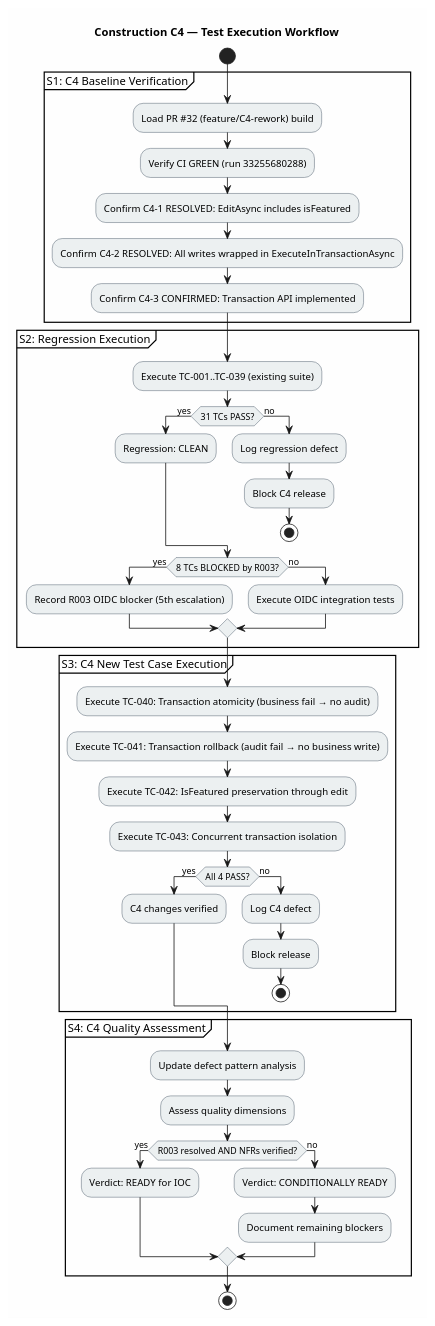
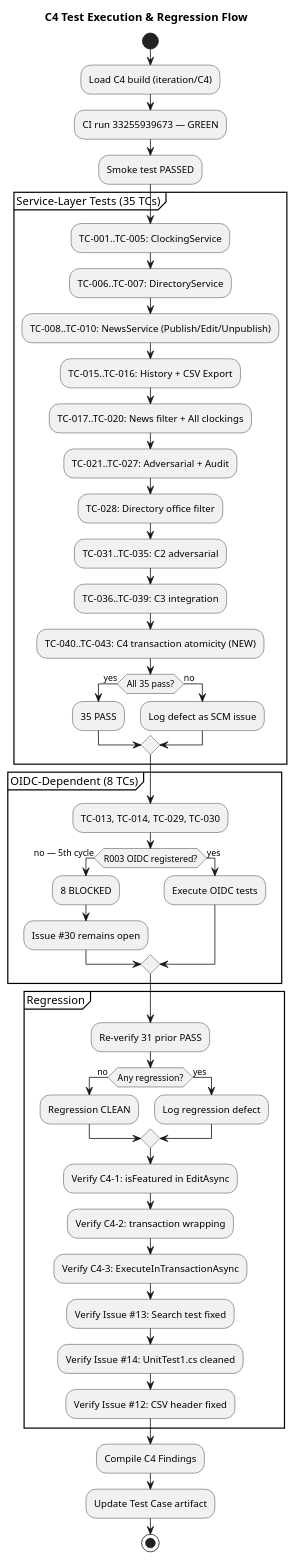
The diagram in docs/artifacts/test/test-case.md (banense-test/portal-cuba-corp), drawn with PlantUML before and after one commit. The commit also changed other lines of this file, not shown here.

First line of the commit message:
Tester [C4]: upsert Test Case

````diff
--- a/docs/artifacts/test/test-case.md
+++ b/docs/artifacts/test/test-case.md
@@ -183,63 +56,58 @@
 ```plantuml
-@startuml C4_Test_Execution_Workflow
-title Construction C4 — Test Execution Workflow
-
-skinparam backgroundColor #FEFEFE
-skinparam shadowing false
-skinparam activityBorderColor #2C3E50
-skinparam activityBackgroundColor #ECF0F1
+@startuml
+title C4 Test Execution & Regression Flow
 
 start
+:Load C4 build (iteration/C4);
+:CI run 33255939673 — GREEN;
+:Smoke test PASSED;
 
-partition "S1: C4 Baseline Verification" {
-  :Load PR #32 (feature/C4-rework) build;
-  :Verify CI GREEN (run 33255680288);
-  :Confirm C4-1 RESOLVED: EditAsync includes isFeatured;
-  :Confirm C4-2 RESOLVED: All writes wrapped in ExecuteInTransactionAsync;
-  :Confirm C4-3 CONFIRMED: Transaction API implemented;
-}
-
-partition "S2: Regression Execution" {
-  :Execute TC-001..TC-039 (existing suite);
-  if (31 TCs PASS?) then (yes)
-    :Regression: CLEAN;
+partition "Service-Layer Tests (35 TCs)" {
+  :TC-001..TC-005: ClockingService;
+  :TC-006..TC-007: DirectoryService;
+  :TC-008..TC-010: NewsService (Publish/Edit/Unpublish);
+  :TC-015..TC-016: History + CSV Export;
+  :TC-017..TC-020: News filter + All clockings;
+  :TC-021..TC-027: Adversarial + Audit;
+  :TC-028: Directory office filter;
+  :TC-031..TC-035: C2 adversarial;
+  :TC-036..TC-039: C3 integration;
+  :TC-040..TC-043: C4 transaction atomicity (NEW);
+  if (All 35 pass?) then (yes)
+    :35 PASS;
   else (no)
-    :Log regression defect;
-    :Block C4 release;
-    stop
-  endif
-  if (8 TCs BLOCKED by R003?) then (yes)
-    :Record R003 OIDC blocker (5th escalation);
-  else (no)
-    :Execute OIDC integration tests;
+    :Log defect as SCM issue;
   endif
 }
 
-partition "S3: C4 New Test Case Execution" {
-  :Execute TC-040: Transaction atomicity (business fail → no audit);
-  :Execute TC-041: Transaction rollback (audit fail → no business write);
-  :Execute TC-042: IsFeatured preservation through edit;
-  :Execute TC-043: Concurrent transaction isolation;
-  if (All 4 PASS?) then (yes)
-    :C4 changes verified;
-  else (no)
-    :Log C4 defect;
-    :Block release;
-    stop
+partition "OIDC-Dependent (8 TCs)" {
+  :TC-013, TC-014, TC-029, TC-030;
+  if (R003 OIDC registered?) then (no — 5th cycle)
+    :8 BLOCKED;
+    :Issue #30 remains open;
+  else (yes)
+    :Execute OIDC tests;
   endif
 }
 
-partition "S4: C4 Quality Assessment" {
-  :Update defect pattern analysis;
-  :Assess quality dimensions;
-  if (R003 resolved AND NFRs verified?) then (yes)
-    :Verdict: READY for IOC;
-  else (no)
-    :Verdict: CONDITIONALLY READY;
-    :Document remaining blockers;
+partition "Regression" {
+  :Re-verify 31 prior PASS;
+  if (Any regression?) then (no)
+    :Regression CLEAN;
+  else (yes)
+    :Log regression defect;
   endif
+  :Verify C4-1: isFeatured in EditAsync;
+  :Verify C4-2: transaction wrapping;
+  :Verify C4-3: ExecuteInTransactionAsync;
+  :Verify Issue #13: Search test fixed;
+  :Verify Issue #14: UnitTest1.cs cleaned;
+  :Verify Issue #12: CSV header fixed;
 }
+
+:Compile C4 Findings;
+:Update Test Case artifact;
 
 stop
 @enduml
 ```
````
